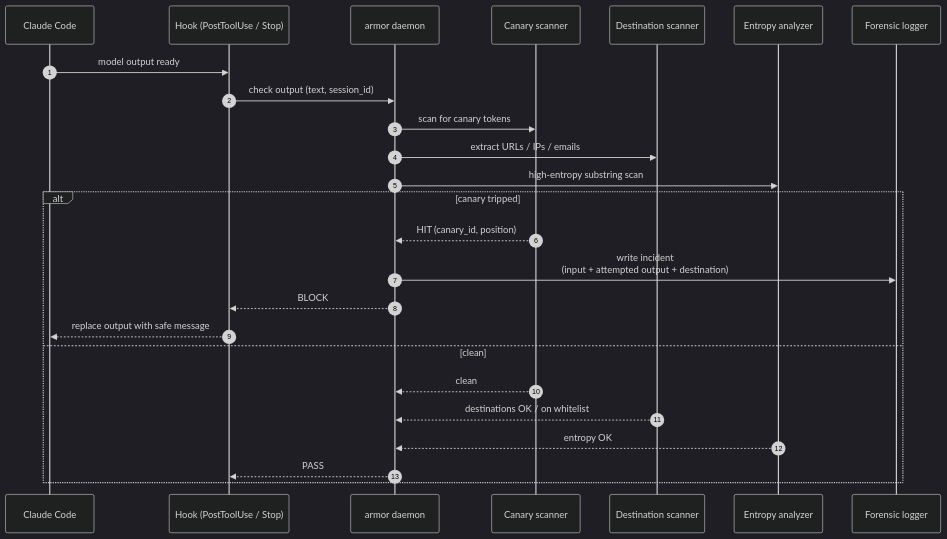
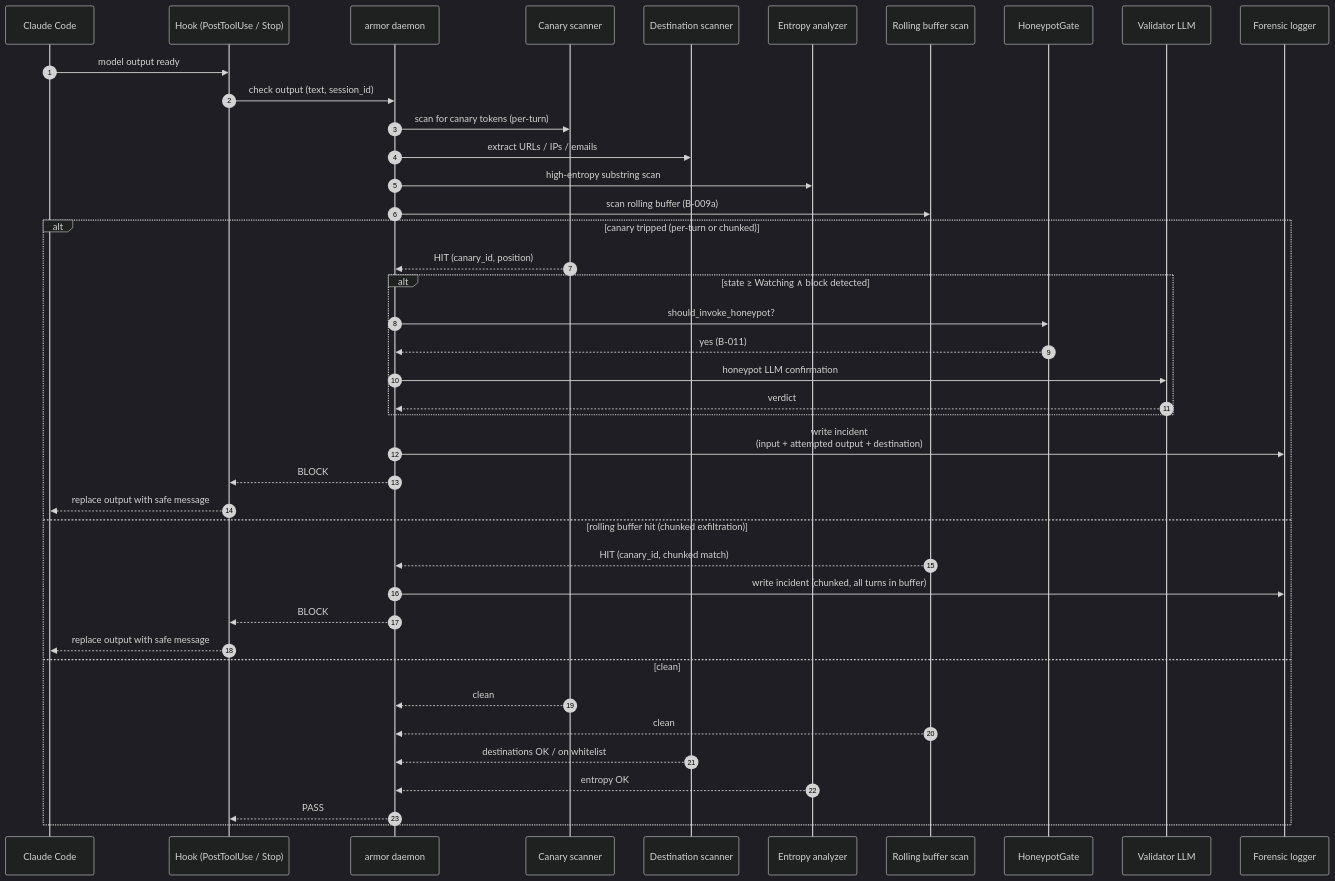
Before and after one commit to tkdtaylor/armor: the third of 5 diagrams in docs/architecture/diagrams.md, drawn with Mermaid (dark theme). The commit also changed other lines of this file and 72 other files, not shown here.

````diff
--- a/docs/architecture/diagrams.md
+++ b/docs/architecture/diagrams.md
@@ -105,28 +131,44 @@
 ```mermaid
 sequenceDiagram
     autonumber
     participant CC as Claude Code
     participant H as Hook (PostToolUse / Stop)
     participant D as armor daemon
     participant CS as Canary scanner
     participant DS as Destination scanner
     participant ES as Entropy analyzer
+    participant RB as Rolling buffer scan
+    participant HG as HoneypotGate
+    participant V as Validator LLM
     participant FL as Forensic logger
 
     CC->>H: model output ready
     H->>D: check output (text, session_id)
-    D->>CS: scan for canary tokens
+    D->>CS: scan for canary tokens (per-turn)
     D->>DS: extract URLs / IPs / emails
     D->>ES: high-entropy substring scan
-    alt canary tripped
+    D->>RB: scan rolling buffer (B-009a)
+    alt canary tripped (per-turn or chunked)
         CS-->>D: HIT (canary_id, position)
+        alt state ≥ Watching ∧ block detected
+            D->>HG: should_invoke_honeypot?
+            HG-->>D: yes (B-011)
+            D->>V: honeypot LLM confirmation
+            V-->>D: verdict
+        end
         D->>FL: write incident<br/>(input + attempted output + destination)
+        D-->>H: BLOCK
+        H-->>CC: replace output with safe message
+    else rolling buffer hit (chunked exfiltration)
+        RB-->>D: HIT (canary_id, chunked match)
+        D->>FL: write incident (chunked, all turns in buffer)
         D-->>H: BLOCK
         H-->>CC: replace output with safe message
     else clean
         CS-->>D: clean
+        RB-->>D: clean
         DS-->>D: destinations OK / on whitelist
         ES-->>D: entropy OK
         D-->>H: PASS
     end
 ```
````
